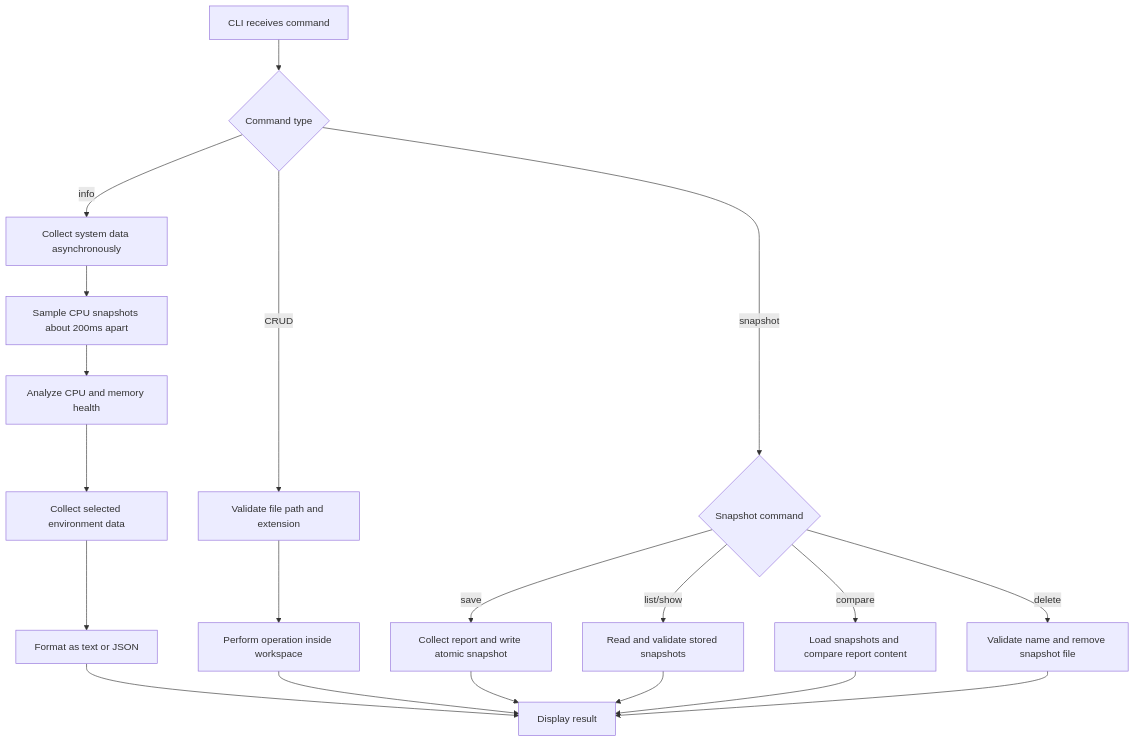
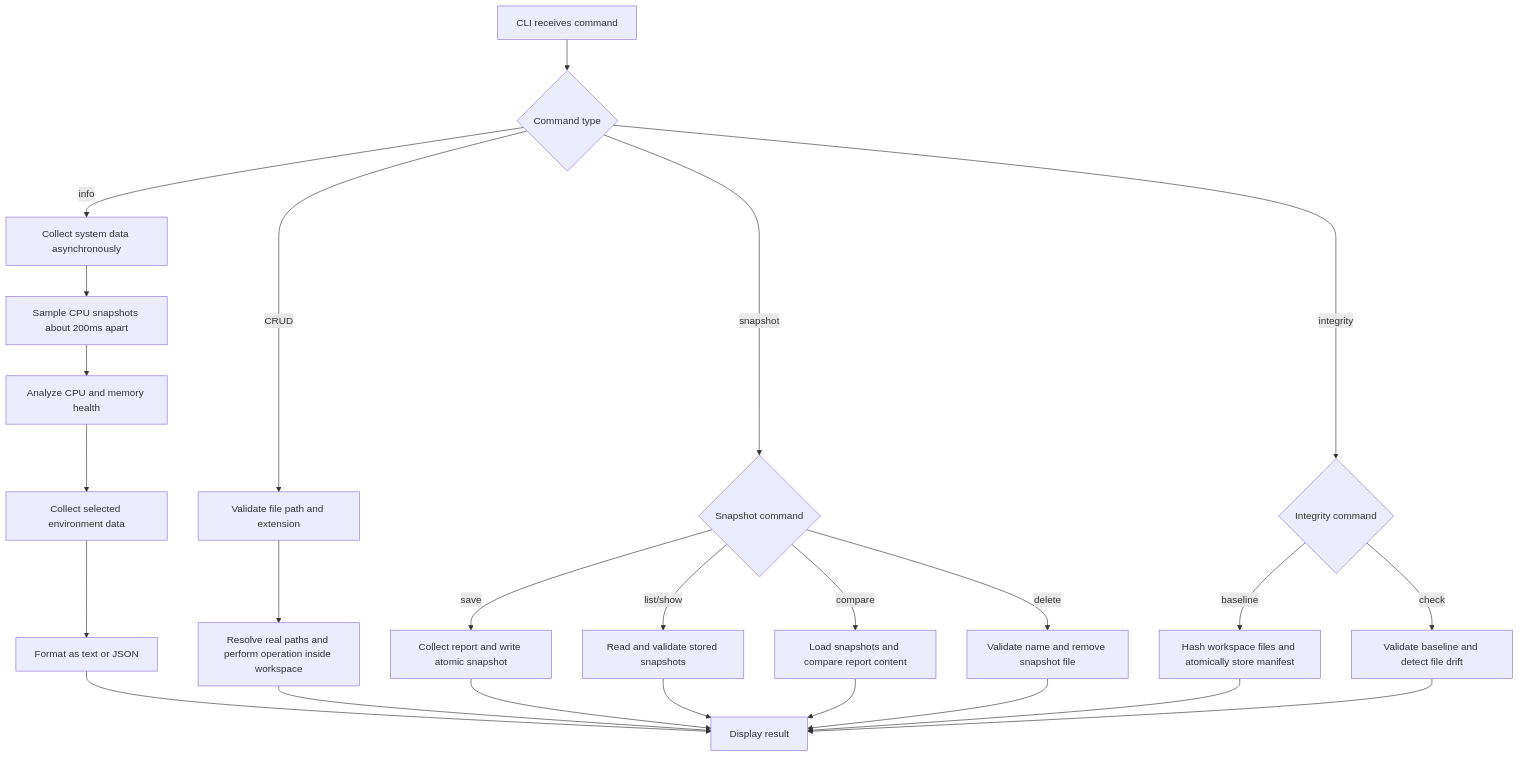
Before and after one commit to Pragun3691/thunder-system-sentinel: the diagram in README.md, drawn with Mermaid. The commit also changed other lines of this file and 5 other files, not shown here.

Commit message:
fix: harden workspace paths and integrity validation

````diff
--- a/README.md
+++ b/README.md
@@ -192,22 +217,27 @@
 ```mermaid
 flowchart TD
     A["CLI receives command"] --> B{"Command type"}
     B -->|info| C["Collect system data asynchronously"]
     C --> D["Sample CPU snapshots about 200ms apart"]
     D --> E["Analyze CPU and memory health"]
     E --> F["Collect selected environment data"]
     F --> G["Format as text or JSON"]
     B -->|CRUD| H["Validate file path and extension"]
-    H --> I["Perform operation inside workspace"]
+    H --> I["Resolve real paths and perform operation inside workspace"]
     B -->|snapshot| K{"Snapshot command"}
     K -->|save| L["Collect report and write atomic snapshot"]
     K -->|list/show| M["Read and validate stored snapshots"]
     K -->|compare| N["Load snapshots and compare report content"]
     K -->|delete| O["Validate name and remove snapshot file"]
+    B -->|integrity| P{"Integrity command"}
+    P -->|baseline| Q["Hash workspace files and atomically store manifest"]
+    P -->|check| R["Validate baseline and detect file drift"]
     G --> J["Display result"]
     I --> J
     L --> J
     M --> J
     N --> J
     O --> J
+    Q --> J
+    R --> J
 ```
````
